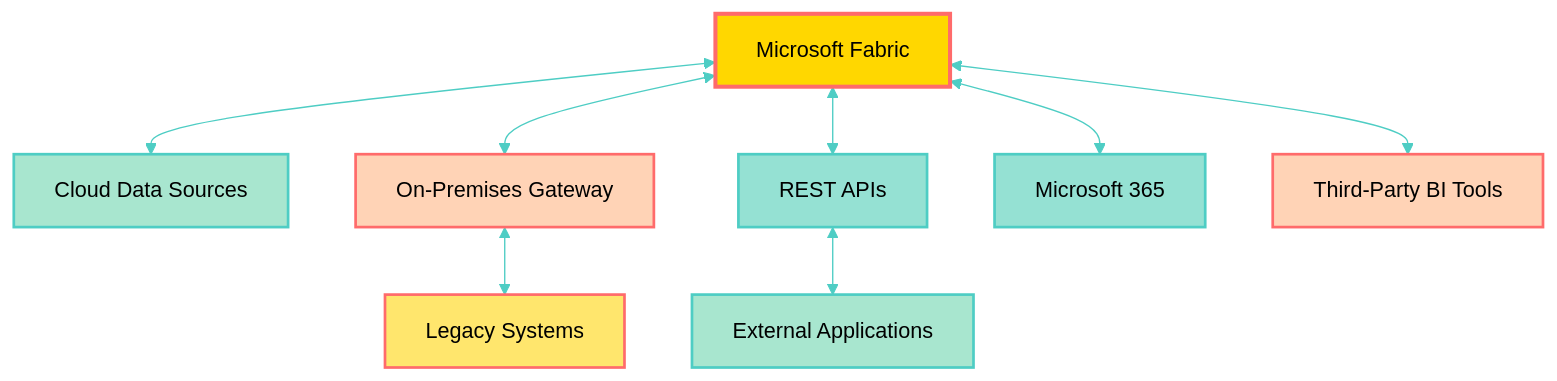
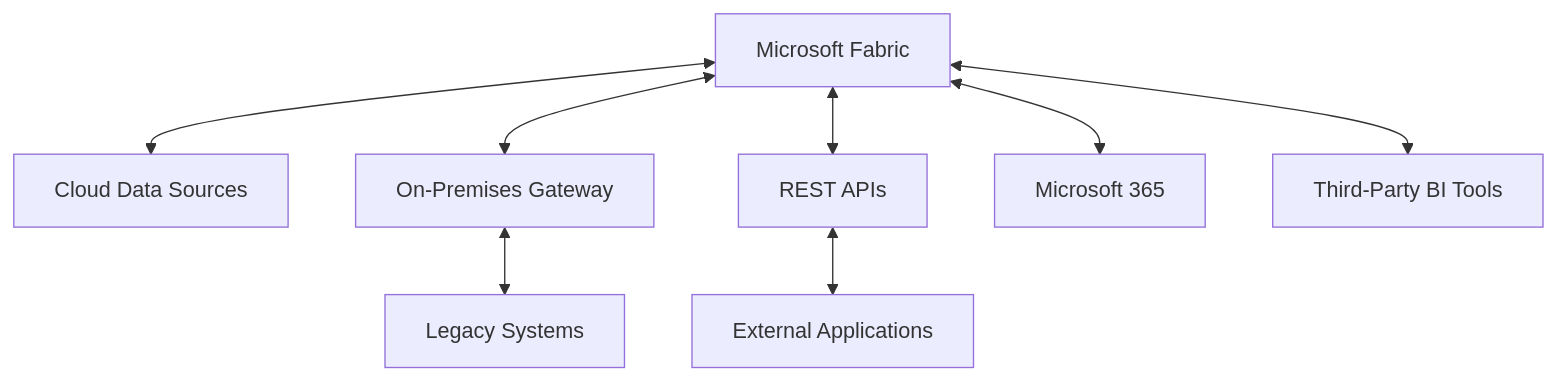
Before and after one commit to MoBRUEC/MoBRUEC: the ninth of 10 diagrams in microsoft-fabric/readme.md, drawn with Mermaid. The commit also changed other lines of this file, not shown here.

````diff
--- a/microsoft-fabric/readme.md
+++ b/microsoft-fabric/readme.md
@@ -446,19 +405,10 @@
 ```mermaid
-%%{init: {'theme':'base', 'themeVariables': { 'primaryColor':'#A8E6CF','primaryTextColor':'#000','primaryBorderColor':'#FF6B6B','lineColor':'#4ECDC4'}}}%%
 graph TD
     Fabric[Microsoft Fabric] <--> Cloud[Cloud Data Sources]
     Fabric <--> Gateway[On-Premises Gateway]
     Gateway <--> OnPrem[Legacy Systems]
     Fabric <--> API[REST APIs]
     API <--> External[External Applications]
     Fabric <--> M365[Microsoft 365]
     Fabric <--> ThirdParty[Third-Party BI Tools]
-    style Fabric fill:#FFD700,stroke:#FF6B6B,stroke-width:3px,color:#000
-    style Cloud fill:#A8E6CF,stroke:#4ECDC4,stroke-width:2px,color:#000
-    style Gateway fill:#FFD3B6,stroke:#FF6B6B,stroke-width:2px,color:#000
-    style OnPrem fill:#FFE66D,stroke:#FF6B6B,stroke-width:2px,color:#000
-    style API fill:#95E1D3,stroke:#4ECDC4,stroke-width:2px,color:#000
-    style External fill:#A8E6CF,stroke:#4ECDC4,stroke-width:2px,color:#000
-    style M365 fill:#95E1D3,stroke:#4ECDC4,stroke-width:2px,color:#000
-    style ThirdParty fill:#FFD3B6,stroke:#FF6B6B,stroke-width:2px,color:#000
 ```
````
